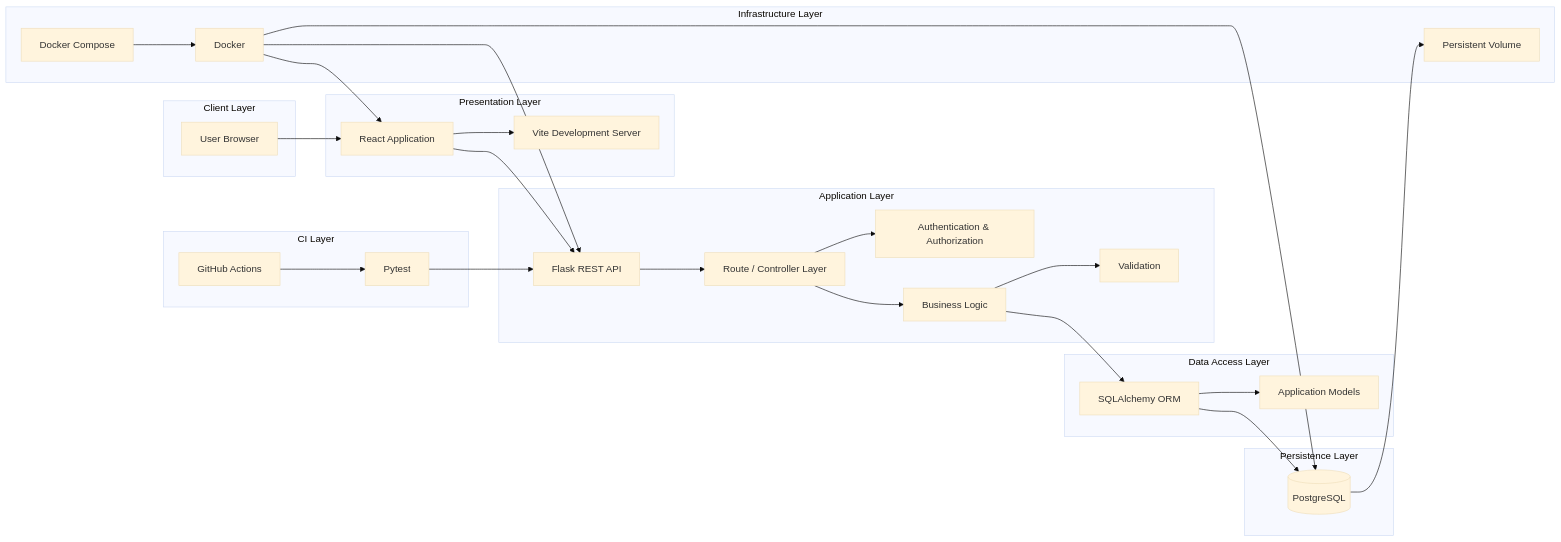
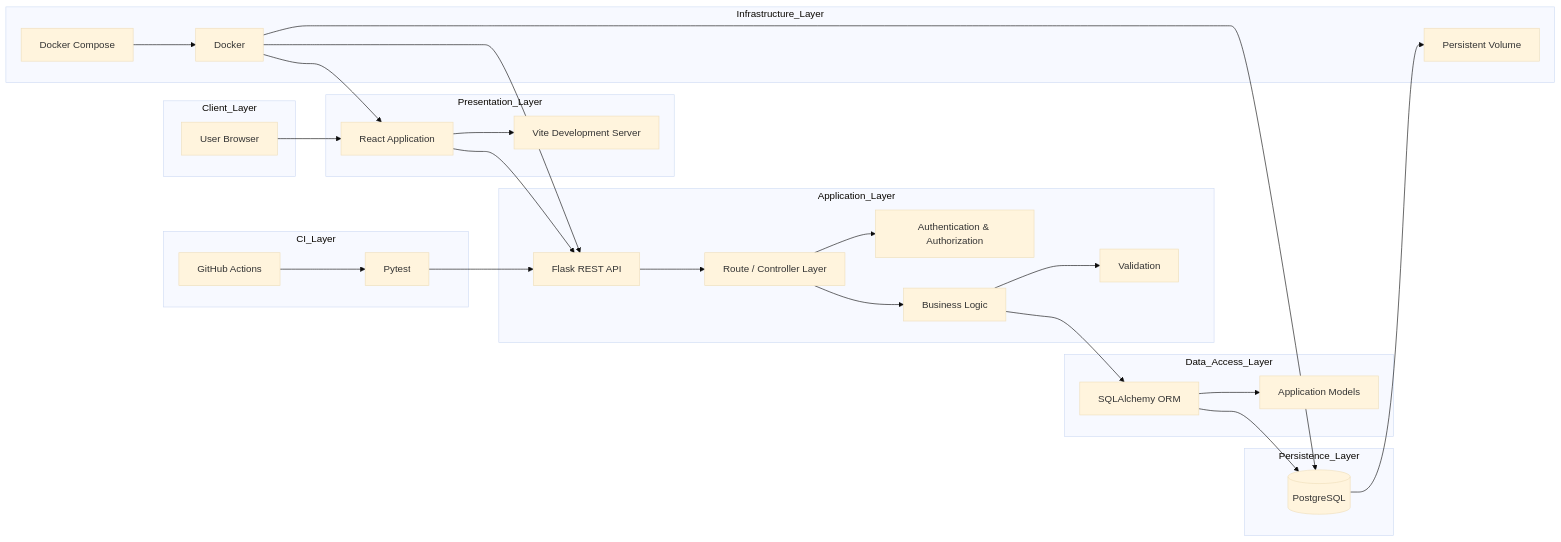
One commit to kamlesh-codedev/paste-bin changed the second of 21 diagrams in docks/ARCHITECTURE.md. Above: the diagram before and after it, drawn with Mermaid (base theme). The commit also changed other lines of this file, not shown here.

Commit message:
Resolved ARCHITECTURE render issue

````diff
--- a/docks/ARCHITECTURE.md
+++ b/docks/ARCHITECTURE.md
@@ -68,63 +68,63 @@
 ```mermaid
 flowchart LR
 
-    subgraph Client Layer
-        A[User Browser]
+    subgraph Client_Layer
+        A["User Browser"]
     end
 
-    subgraph Presentation Layer
-        B[React Application]
-        C[Vite Development Server]
+    subgraph Presentation_Layer
+        B["React Application"]
+        C["Vite Development Server"]
     end
 
-    subgraph Application Layer
-        D[Flask REST API]
-        E[Route / Controller Layer]
-        F[Authentication & Authorization]
-        G[Business Logic]
-        H[Validation]
+    subgraph Application_Layer
+        D["Flask REST API"]
+        E["Route / Controller Layer"]
+        F["Authentication & Authorization"]
+        G["Business Logic"]
+        H["Validation"]
     end
 
-    subgraph Data Access Layer
-        I[SQLAlchemy ORM]
-        J[Application Models]
+    subgraph Data_Access_Layer
+        I["SQLAlchemy ORM"]
+        J["Application Models"]
     end
 
-    subgraph Persistence Layer
-        K[(PostgreSQL)]
+    subgraph Persistence_Layer
+        K[("PostgreSQL")]
     end
 
-    subgraph Infrastructure Layer
-        L[Docker]
-        M[Docker Compose]
-        N[Persistent Volume]
+    subgraph Infrastructure_Layer
+        L["Docker"]
+        M["Docker Compose"]
+        N["Persistent Volume"]
     end
 
-    subgraph CI Layer
-        O[GitHub Actions]
-        P[Pytest]
+    subgraph CI_Layer
+        O["GitHub Actions"]
+        P["Pytest"]
     end
 
     A --> B
     B --> C
     B --> D
 
     D --> E
     E --> F
     E --> G
     G --> H
 
     G --> I
     I --> J
     I --> K
 
     K --> N
 
     M --> L
     L --> B
     L --> D
     L --> K
 
     O --> P
     P --> D
 ```
````
